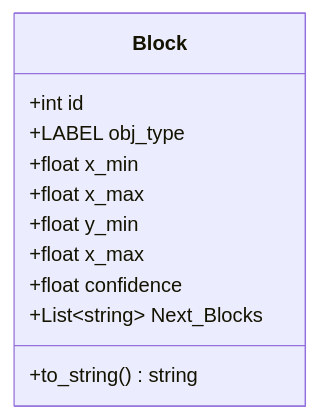
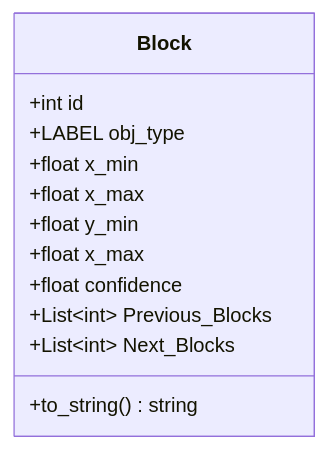
One commit to alochimpasplum/Sidekick-S-TFG changed the diagram in README.md. Above: the diagram before and after it, drawn with Mermaid. The commit also changed 11 other files, not shown here.

````diff
--- a/README.md
+++ b/README.md
@@ -3,13 +3,14 @@
 ```mermaid
 classDiagram
     class Block
     Block: +int id
     Block: +LABEL obj_type
     Block: +float x_min
     Block: +float x_max
     Block: +float y_min
     Block: +float x_max
     Block: +float confidence
-    Block: +List~string~ Next_Blocks
+    Block: +List~int~ Previous_Blocks
+    Block: +List~int~ Next_Blocks
     Block: +to_string() string
 ```
````
